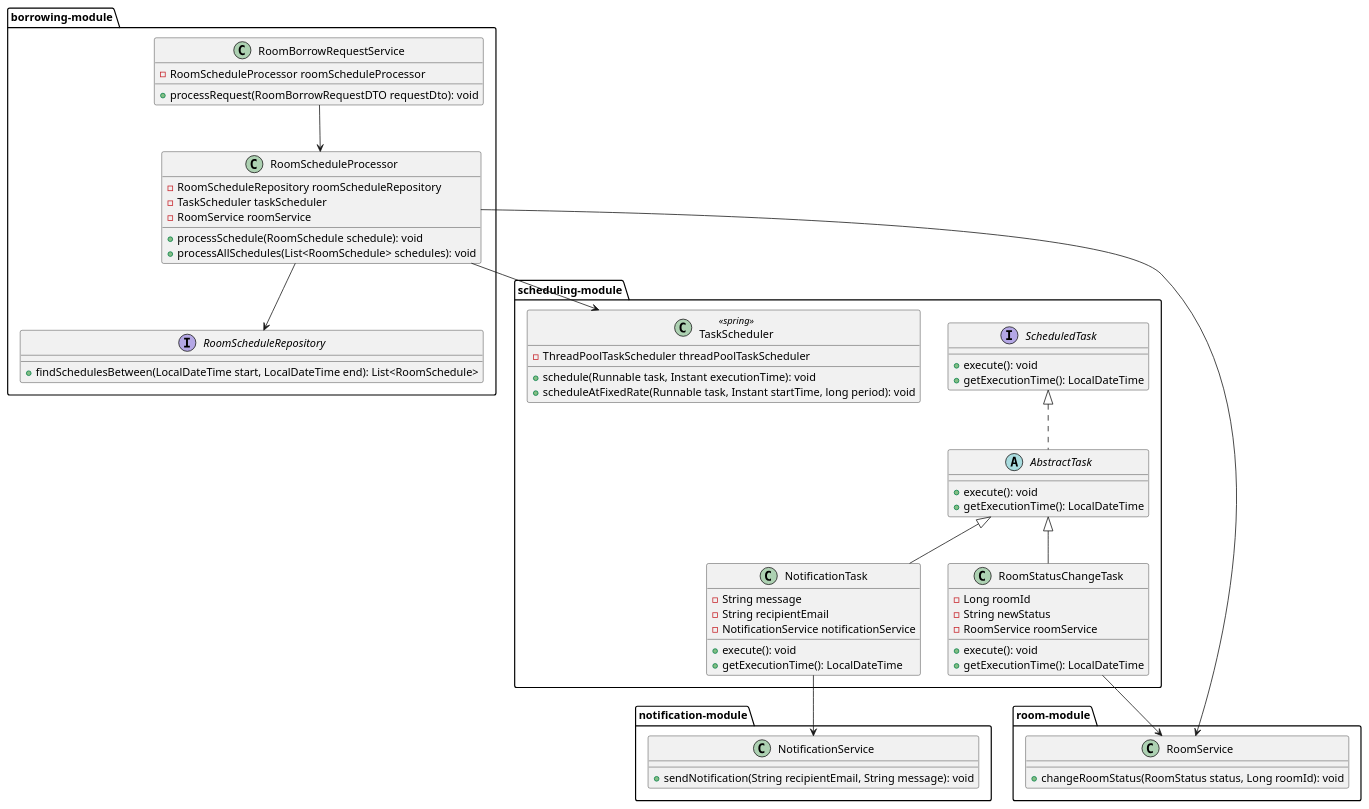
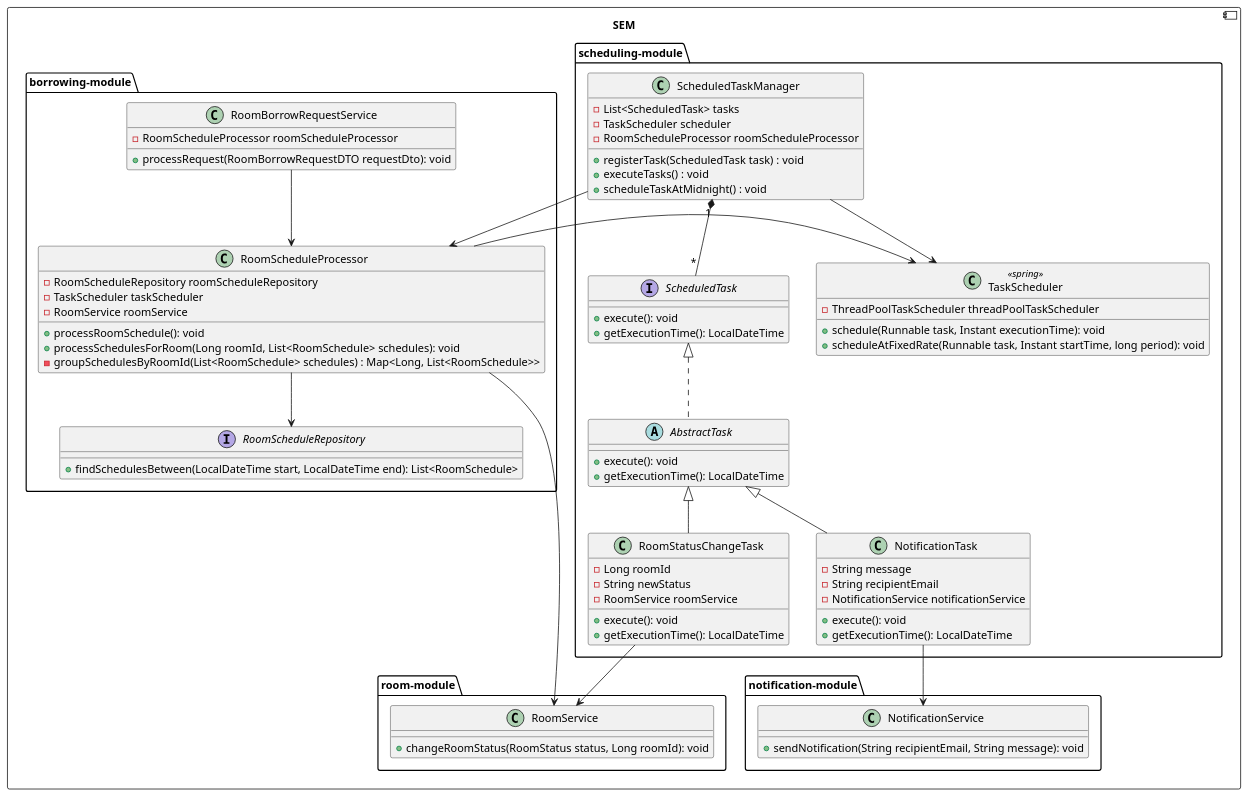
One commit to tammysensitive2312/SEM_Software_back-end changed the diagram in src/main/java/org/example/sem_backend/common_module/service/schedule_service/docs/schedule_service_class_diagram.puml. Above: the diagram before and after it, drawn with PlantUML. The commit also changed other lines of this file and 3 other files, not shown here.

```diff
--- a/src/main/java/org/example/sem_backend/common_module/service/schedule_service/docs/schedule_service_class_diagram.puml
+++ b/src/main/java/org/example/sem_backend/common_module/service/schedule_service/docs/schedule_service_class_diagram.puml
@@ -63,73 +1,89 @@
 @startuml
+component SEM {
 package scheduling-module {
+    class ScheduledTaskManager {
+        - List<ScheduledTask> tasks
+        - TaskScheduler scheduler
+        - RoomScheduleProcessor roomScheduleProcessor
+        + registerTask(ScheduledTask task) : void
+        + executeTasks() : void
+        + scheduleTaskAtMidnight() : void
+    }
+
     interface ScheduledTask {
         + execute(): void
         + getExecutionTime(): LocalDateTime
     }
 
     class TaskScheduler <<spring>> {
         - ThreadPoolTaskScheduler threadPoolTaskScheduler
         + schedule(Runnable task, Instant executionTime): void
         + scheduleAtFixedRate(Runnable task, Instant startTime, long period): void
     }
 
     abstract class AbstractTask implements ScheduledTask {
         + execute(): void
         + getExecutionTime(): LocalDateTime
     }
 
     class RoomStatusChangeTask extends AbstractTask {
         - Long roomId
         - String newStatus
         - RoomService roomService
         + execute(): void
         + getExecutionTime(): LocalDateTime
     }
 
     class NotificationTask extends AbstractTask {
         - String message
         - String recipientEmail
         - NotificationService notificationService
         + execute(): void
         + getExecutionTime(): LocalDateTime
     }
+
+    ScheduledTaskManager "1" *-- "*" ScheduledTask
+    ScheduledTaskManager --> TaskScheduler
 }
 
 package room-module {
     class RoomService {
         + changeRoomStatus(RoomStatus status, Long roomId): void
     }
 }
 
 package notification-module {
     class NotificationService {
         + sendNotification(String recipientEmail, String message): void
     }
 }
 
 package borrowing-module {
     class RoomScheduleProcessor {
         - RoomScheduleRepository roomScheduleRepository
         - TaskScheduler taskScheduler
         - RoomService roomService
-        + processSchedule(RoomSchedule schedule): void
-        + processAllSchedules(List<RoomSchedule> schedules): void
+        + processRoomSchedule(): void
+        + processSchedulesForRoom(Long roomId, List<RoomSchedule> schedules): void
+        - groupSchedulesByRoomId(List<RoomSchedule> schedules) : Map<Long, List<RoomSchedule>>
     }
 
     class RoomBorrowRequestService {
         - RoomScheduleProcessor roomScheduleProcessor
         + processRequest(RoomBorrowRequestDTO requestDto): void
     }
 
     interface RoomScheduleRepository {
         + findSchedulesBetween(LocalDateTime start, LocalDateTime end): List<RoomSchedule>
     }
 }
 
 RoomScheduleProcessor --> TaskScheduler
 RoomScheduleProcessor --> RoomService
 RoomScheduleProcessor --> RoomScheduleRepository
 RoomBorrowRequestService --> RoomScheduleProcessor
 RoomStatusChangeTask --> RoomService
 NotificationTask --> NotificationService
+ScheduledTaskManager --> RoomScheduleProcessor
+}
 @enduml
```
